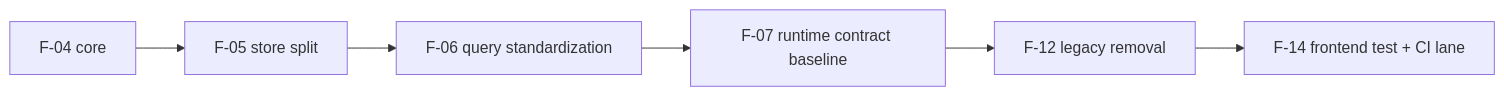
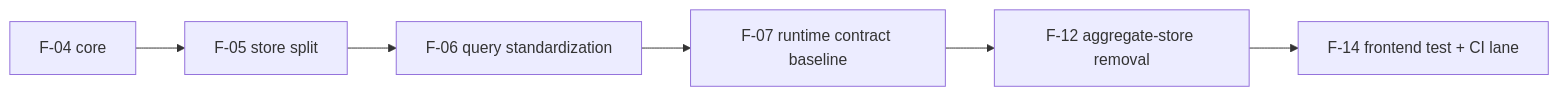
Before and after one commit to dunay2/dvt: the sixth of 6 diagrams in docs/architecture/components/web/frontend-data-boundary-architecture.md, drawn with Mermaid. The commit also changed other lines of this file and 44 other files, not shown here.

````diff
--- a/docs/architecture/components/web/frontend-data-boundary-architecture.md
+++ b/docs/architecture/components/web/frontend-data-boundary-architecture.md
@@ -130,8 +131,8 @@
 ```mermaid
 flowchart LR
   F04["F-04 core"] --> F05["F-05 store split"]
   F05 --> F06["F-06 query standardization"]
   F06 --> F07["F-07 runtime contract baseline"]
-  F07 --> F12["F-12 legacy removal"]
+  F07 --> F12["F-12 aggregate-store removal"]
   F12 --> F14["F-14 frontend test + CI lane"]
 ```
````
